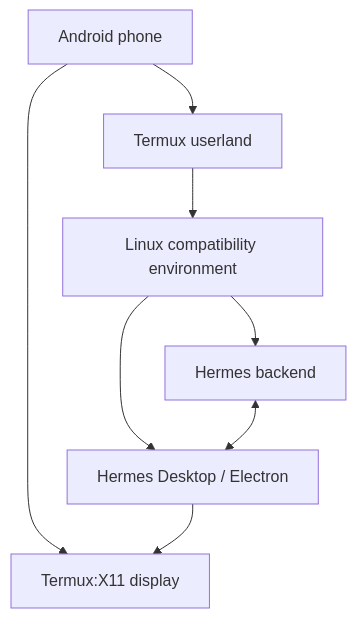
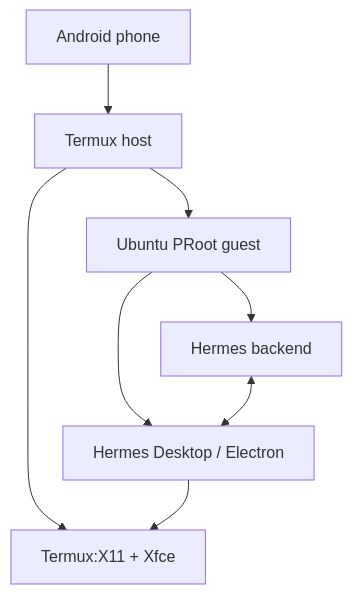
Before and after one commit to Dadmin88/hermes-desktop-android: the diagram in docs/STACK.md, drawn with Mermaid. The commit also changed other lines of this file and 18 other files, not shown here.

Commit message:
Add reproducible Android desktop installer and tutorial

````diff
--- a/docs/STACK.md
+++ b/docs/STACK.md
@@ -10,10 +7,10 @@
 ```mermaid
 flowchart TB
-    A["Android phone"] --> B["Termux userland"]
-    B --> C["Linux compatibility environment"]
-    A --> D["Termux:X11 display"]
-    C --> E["Hermes backend"]
-    C --> F["Hermes Desktop / Electron"]
-    F --> D
+    A["Android phone"] --> B["Termux host"]
+    B --> C["Termux:X11 + Xfce"]
+    B --> D["Ubuntu PRoot guest"]
+    D --> E["Hermes backend"]
+    D --> F["Hermes Desktop / Electron"]
+    F --> C
     E <--> F
 ```
````
